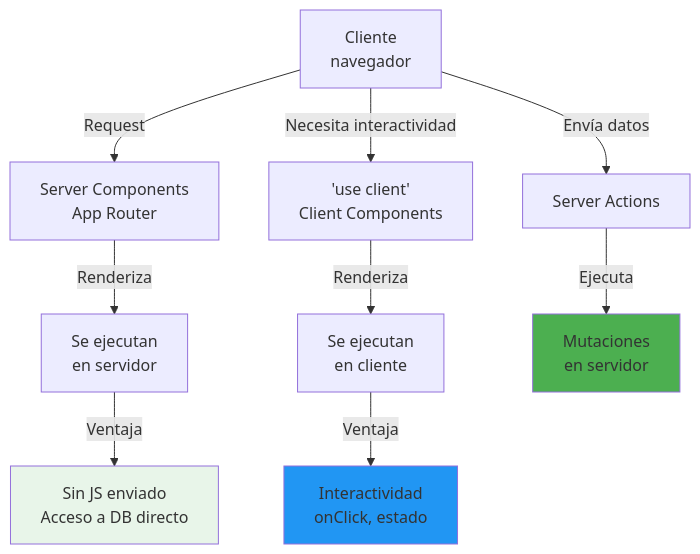
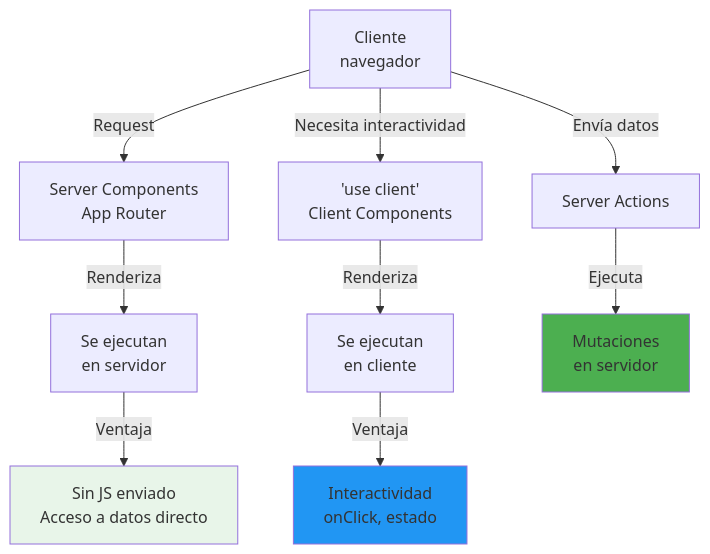
The diagram in web/public/content/react/modulo-14.md (NICORUIZ93/Academia_Floci), drawn with Mermaid before and after one commit. The commit also changed other lines of this file and 56 other files, not shown here.

````diff
--- a/web/public/content/react/modulo-14.md
+++ b/web/public/content/react/modulo-14.md
@@ -17,30 +19,25 @@
 ```mermaid
 graph TD
     A["Cliente<br/>navegador"]
-    
     B["Server Components<br/>App Router"]
     C["Se ejecutan<br/>en servidor"]
-    D["Sin JS enviado<br/>Acceso a DB directo"]
-    
+    D["Sin JS enviado<br/>Acceso a datos directo"]
     E["'use client'<br/>Client Components"]
     F["Se ejecutan<br/>en cliente"]
     G["Interactividad<br/>onClick, estado"]
-    
     H["Server Actions"]
     I["Mutaciones<br/>en servidor"]
-    
+
     A -->|Request| B
     B -->|Renderiza| C
     C -->|Ventaja| D
-    
     A -->|Necesita interactividad| E
     E -->|Renderiza| F
     F -->|Ventaja| G
-    
     A -->|Envía datos| H
     H -->|Ejecuta| I
-    
+
     style D fill:#e8f5e9
     style G fill:#2196f3
     style I fill:#4caf50
 ```
````
